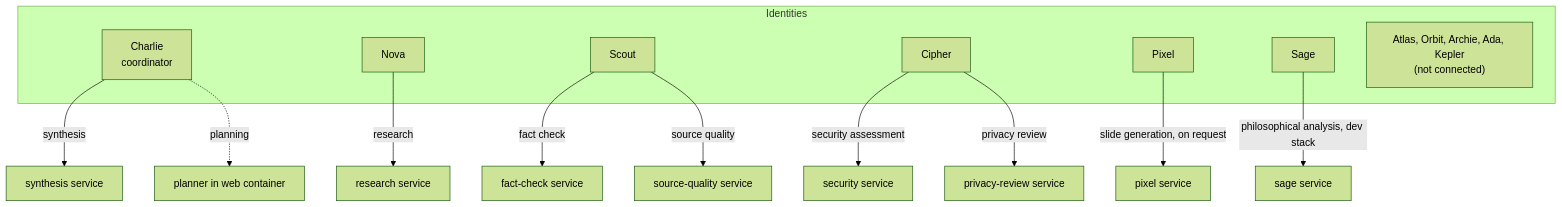
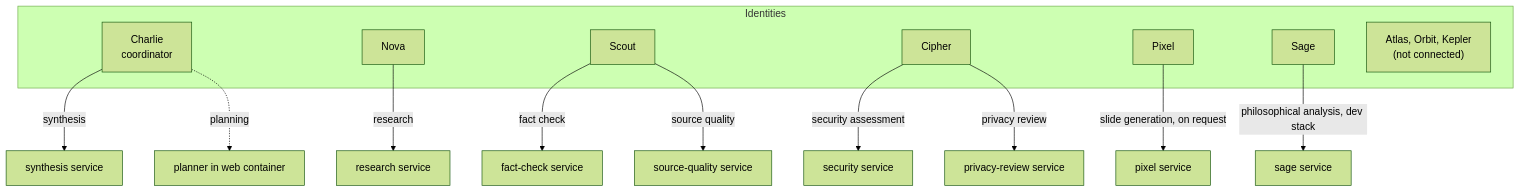
One commit to vchokshi/viharbot changed the first of 6 diagrams in docs/architecture.md. Above: the diagram before and after it, drawn with Mermaid (forest theme). The commit also changed other lines of this file and 76 other files, not shown here.

First line of the commit message:
Remove Archie and Ada from ViharBot (#293)

````diff
--- a/docs/architecture.md
+++ b/docs/architecture.md
@@ -11,21 +11,21 @@
 ```mermaid
 flowchart TB
   subgraph Identities
     CH[Charlie<br/>coordinator]
     NO[Nova]
     SC[Scout]
     CI[Cipher]
     PX[Pixel]
     SG[Sage]
-    PL["Atlas, Orbit, Archie, Ada, Kepler<br/>(not connected)"]
+    PL["Atlas, Orbit, Kepler<br/>(not connected)"]
   end
   SG -->|philosophical analysis, dev stack| SGS[sage service]
   CH -->|synthesis| SY[synthesis service]
   PX -->|slide generation, on request| PXS[pixel service]
   CH -. planning .-> PW[planner in web container]
   NO -->|research| RS[research service]
   SC -->|fact check| FC[fact-check service]
   SC -->|source quality| SQ[source-quality service]
   CI -->|security assessment| SE[security service]
   CI -->|privacy review| PR[privacy-review service]
 ```
````
